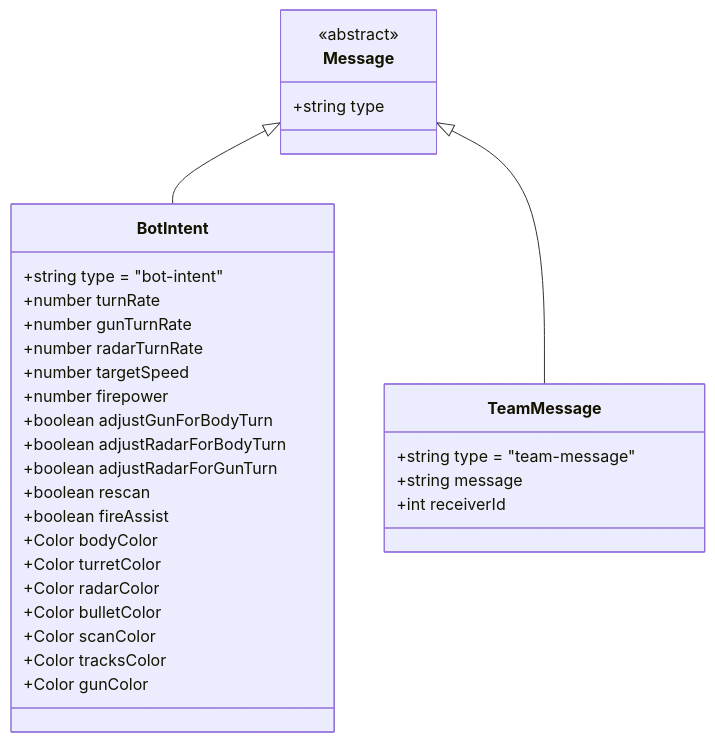
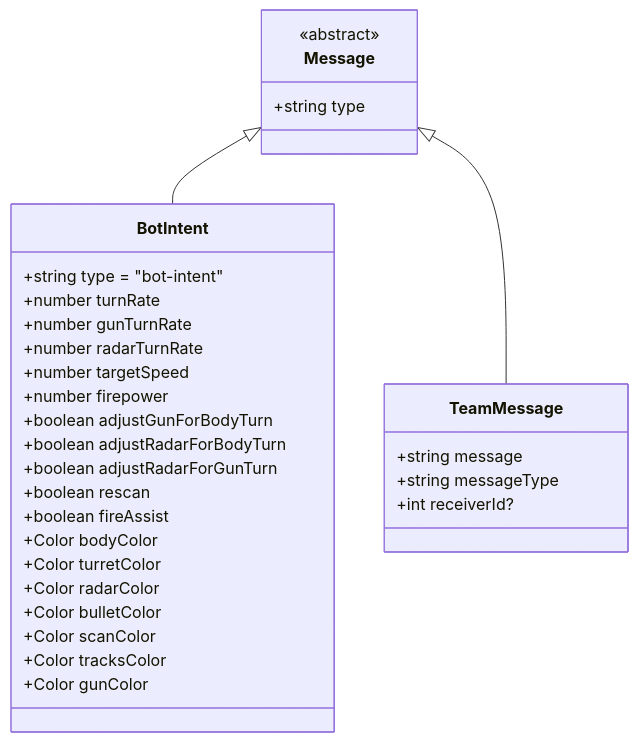
The second of 5 diagrams in docs/architecture/models/message-schema/intents.md (robocode-dev/tank-royale), drawn with Mermaid before and after one commit. The commit also changed other lines of this file and 89 other files, not shown here.

First line of the commit message:
Add ordered team message batches with review fixes

````diff
--- a/docs/architecture/models/message-schema/intents.md
+++ b/docs/architecture/models/message-schema/intents.md
@@ -40,37 +40,37 @@
 ```mermaid
 classDiagram
     class Message {
         <<abstract>>
         +string type
     }
 
     class BotIntent {
         +string type = "bot-intent"
         +number turnRate
         +number gunTurnRate
         +number radarTurnRate
         +number targetSpeed
         +number firepower
         +boolean adjustGunForBodyTurn
         +boolean adjustRadarForBodyTurn
         +boolean adjustRadarForGunTurn
         +boolean rescan
         +boolean fireAssist
         +Color bodyColor
         +Color turretColor
         +Color radarColor
         +Color bulletColor
         +Color scanColor
         +Color tracksColor
         +Color gunColor
     }
 
     class TeamMessage {
-        +string type = "team-message"
         +string message
-        +int receiverId
+        +string messageType
+        +int receiverId?
     }
 
     Message <|-- BotIntent
     Message <|-- TeamMessage
 ```
````
